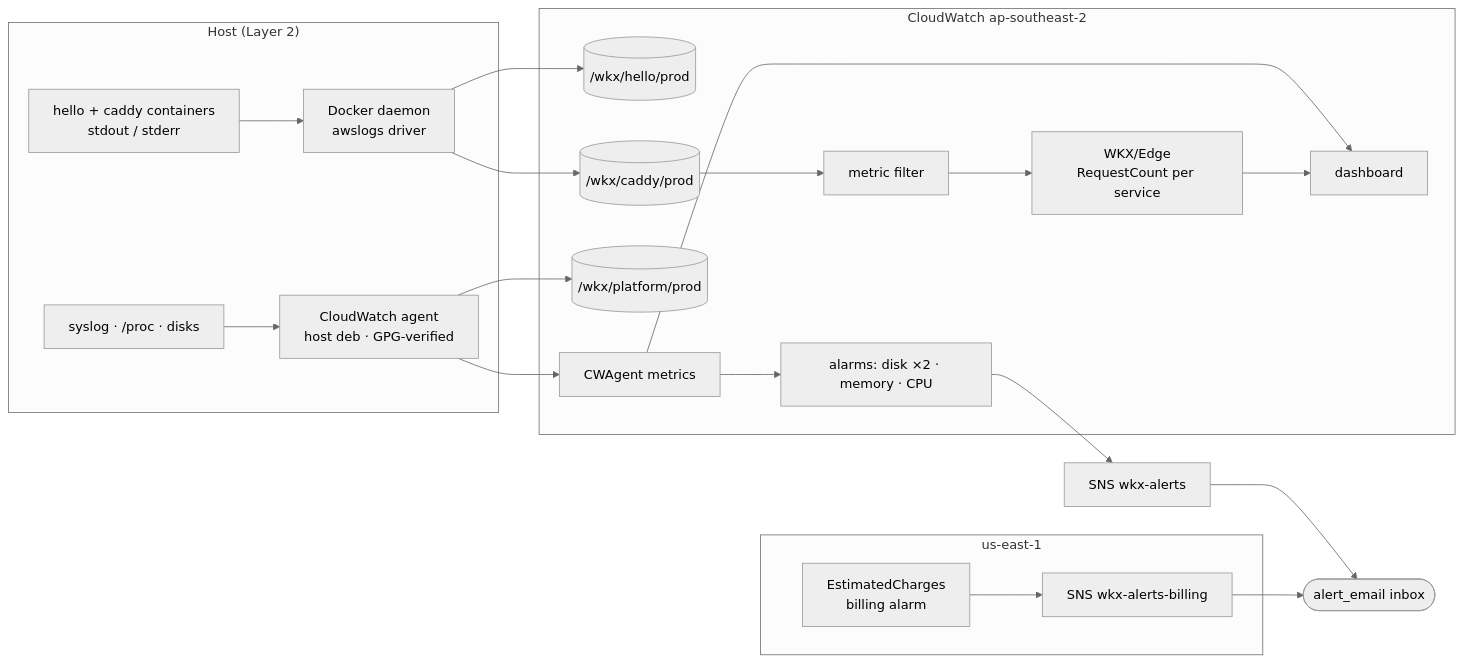
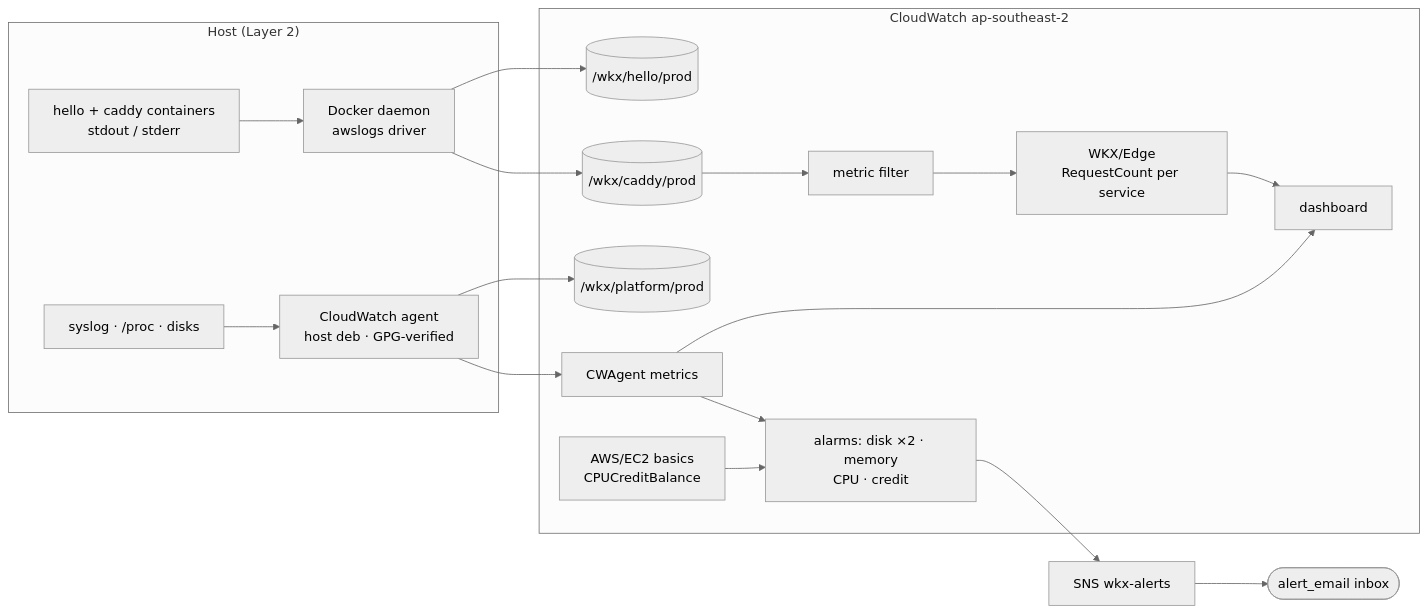
One commit to etoews/wkx-platform changed the diagram in docs/superpowers/specs/2026-07-06-m4-observability-design.md. Above: the diagram before and after it, drawn with Mermaid (neutral theme). The commit also changed other lines of this file and 6 other files, not shown here.

````diff
--- a/docs/superpowers/specs/2026-07-06-m4-observability-design.md
+++ b/docs/superpowers/specs/2026-07-06-m4-observability-design.md
@@ -19,38 +19,35 @@
 ```mermaid
 flowchart LR
     subgraph Host["Host (Layer 2)"]
         Containers["hello + caddy containers<br/>stdout / stderr"]
         Daemon["Docker daemon<br/>awslogs driver"]
         Sys["syslog · /proc · disks"]
         Agent["CloudWatch agent<br/>host deb · GPG-verified"]
     end
     subgraph CW["CloudWatch ap-southeast-2"]
         LGH[("/wkx/hello/prod")]
         LGC[("/wkx/caddy/prod")]
         LGP[("/wkx/platform/prod")]
         Met["CWAgent metrics"]
         MF["metric filter"]
         Edge["WKX/Edge<br/>RequestCount per service"]
         Dash["dashboard"]
-        HostAlarms["alarms: disk ×2 · memory · CPU"]
-    end
-    subgraph UE1["us-east-1"]
-        Bill["EstimatedCharges<br/>billing alarm"]
-        SNSB["SNS wkx-alerts-billing"]
+        EC2m["AWS/EC2 basics<br/>CPUCreditBalance"]
+        HostAlarms["alarms: disk ×2 · memory<br/>CPU · credit"]
     end
     SNS["SNS wkx-alerts"]
     You(["alert_email inbox"])
 
     Containers --> Daemon
     Daemon --> LGH
     Daemon --> LGC
     Sys --> Agent
     Agent --> LGP
     Agent --> Met
     LGC --> MF --> Edge
     Met --> Dash
     Edge --> Dash
     Met --> HostAlarms
+    EC2m --> HostAlarms
     HostAlarms --> SNS --> You
-    Bill --> SNSB --> You
 ```
````
